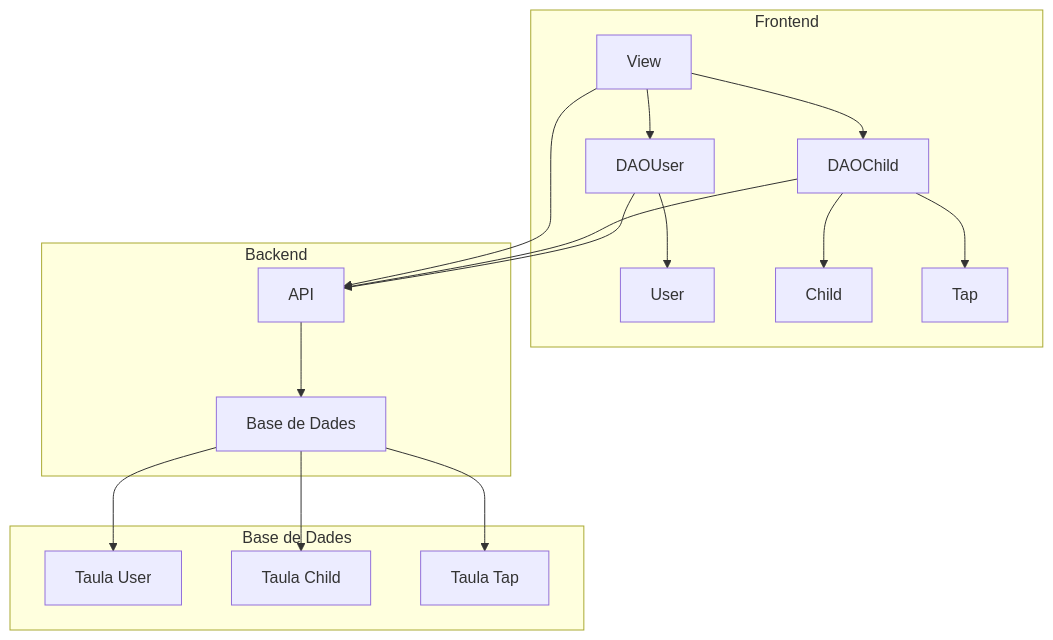
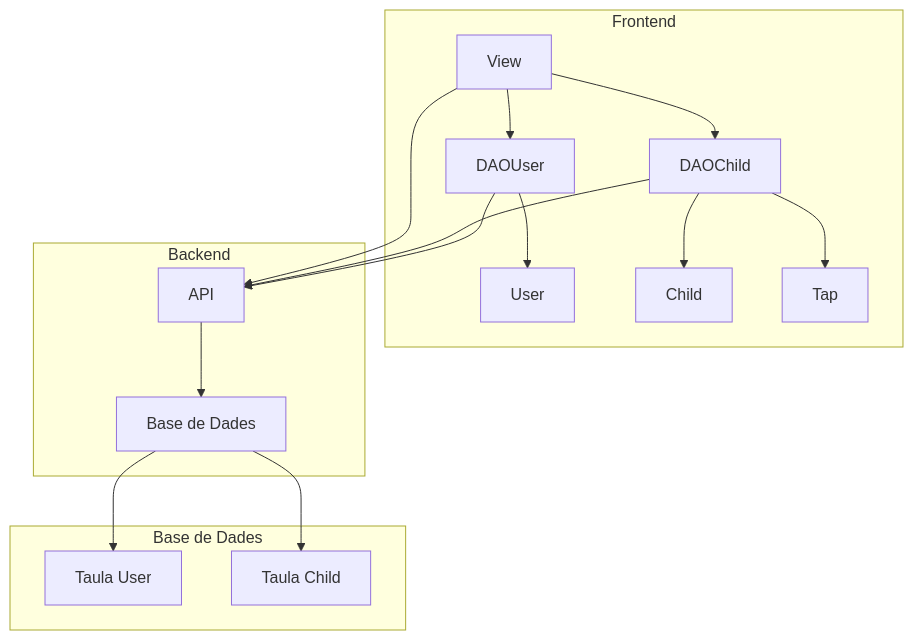
The diagram in Prototip2/DiagramaArqP2.mermaid (lauragrr1/tapatapp), drawn with Mermaid before and after one commit.

```diff
--- a/Prototip2/DiagramaArqP2.mermaid
+++ b/Prototip2/DiagramaArqP2.mermaid
@@ -1,22 +1,21 @@
 graph TD
     subgraph Frontend
         A[View] --> B[DAOUser]
         A --> C[DAOChild]
         B --> D[User]
         C --> E[Child]
         C --> F[Tap]
     end
 
     subgraph Backend
         B --> G[API]
         C --> G
         G --> H[Base de Dades]
     end
 
     subgraph Base de Dades
         H --> I[Taula User]
         H --> J[Taula Child]
-        H --> K[Taula Tap]
     end
 
     A --> G
```
